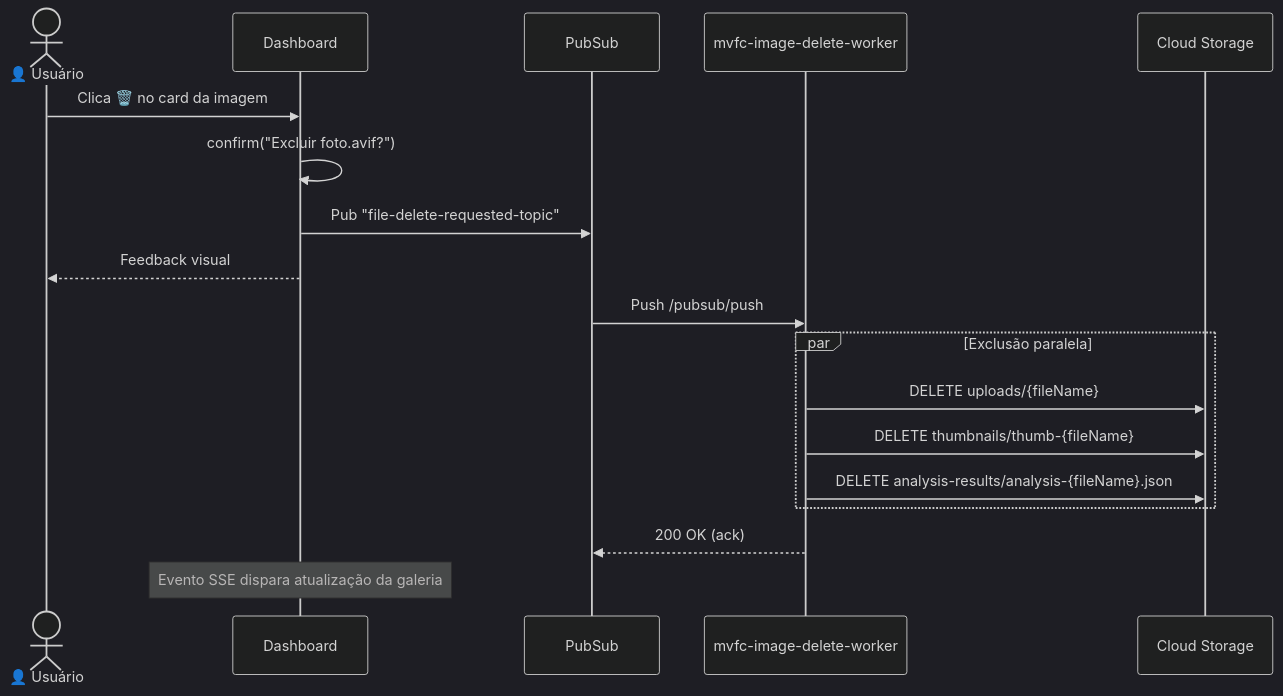
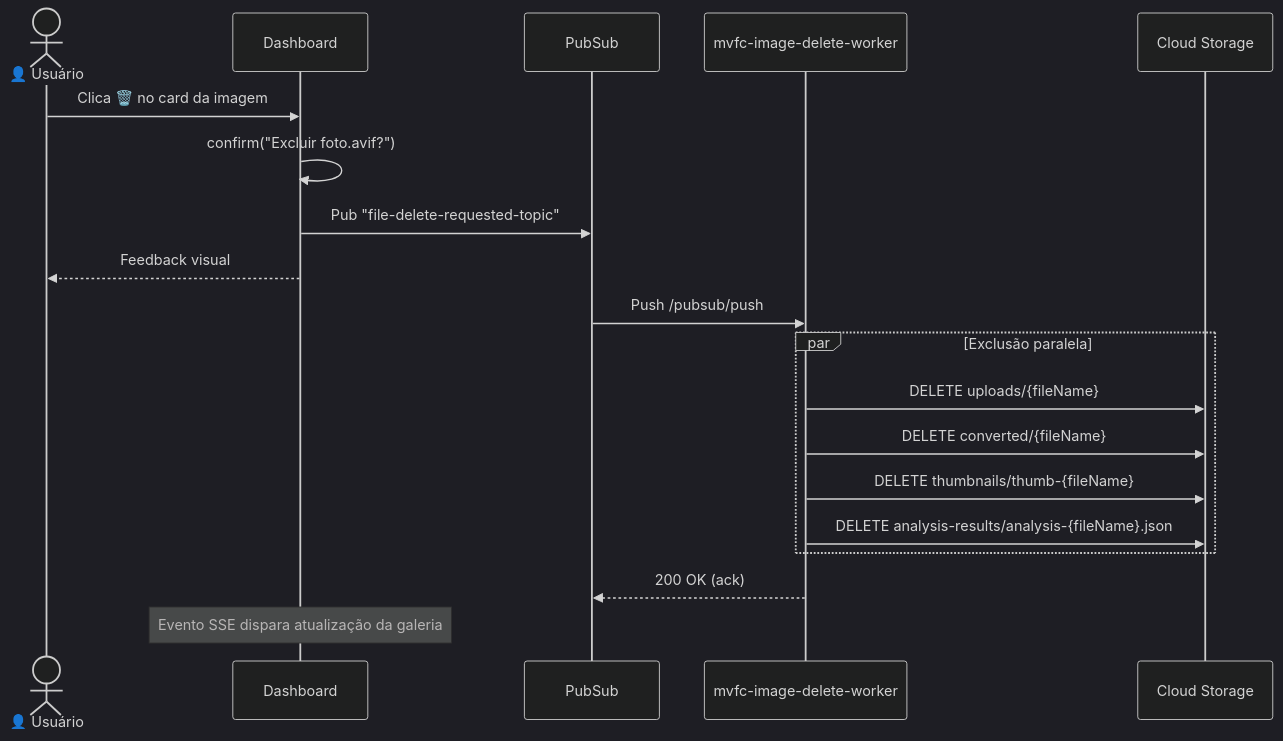
Before and after one commit to Marcus-V-Freitas/MVFC.ImageProcessing: the third of 6 diagrams in README.pt-BR.md, drawn with Mermaid (dark theme). The commit also changed other lines of this file and 48 other files, not shown here.

First line of the commit message:
feat(architecture): migrate pipeline to GCS Object Notifications

````diff
--- a/README.pt-BR.md
+++ b/README.pt-BR.md
@@ -185,25 +198,26 @@
 ```mermaid
 sequenceDiagram
     actor U as 👤 Usuário
     participant D as Dashboard
     participant PS as PubSub
     participant DW as mvfc-image-delete-worker
     participant GCS as Cloud Storage
 
     U->>D: Clica 🗑️ no card da imagem
     D->>D: confirm("Excluir foto.avif?")
     D->>PS: Pub "file-delete-requested-topic"
     D-->>U: Feedback visual
 
     PS->>DW: Push /pubsub/push
     
     par Exclusão paralela
         DW->>GCS: DELETE uploads/{fileName}
+        DW->>GCS: DELETE converted/{fileName}
         DW->>GCS: DELETE thumbnails/thumb-{fileName}
         DW->>GCS: DELETE analysis-results/analysis-{fileName}.json
     end
 
     DW-->>PS: 200 OK (ack)
 
     Note over D: Evento SSE dispara atualização da galeria
 ```
````
